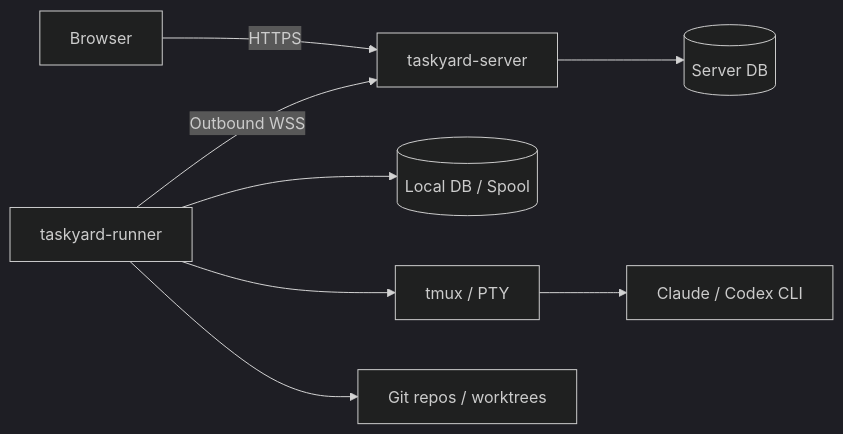
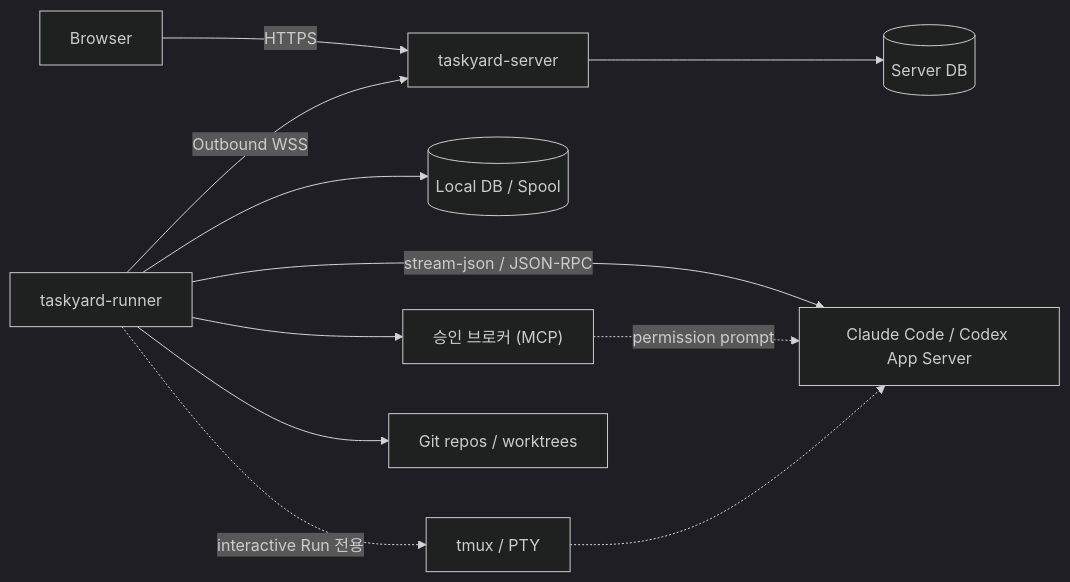
One commit to jinto/taskyard changed the third of 3 diagrams in taskyard-prd-v1.md. Above: the diagram before and after it, drawn with Mermaid (dark theme). The commit also changed other lines of this file, not shown here.

````diff
--- a/taskyard-prd-v1.md
+++ b/taskyard-prd-v1.md
@@ -579,10 +639,13 @@
 ```mermaid
 flowchart LR
     B["Browser"] -->|HTTPS| S["taskyard-server"]
     S --> D[("Server DB")]
     R["taskyard-runner"] -->|Outbound WSS| S
     R --> L[("Local DB / Spool")]
-    R --> T["tmux / PTY"]
-    T --> A["Claude / Codex CLI"]
+    R -->|"stream-json / JSON-RPC"| A["Claude Code / Codex App Server"]
+    R --> AB["승인 브로커 (MCP)"]
+    AB -.->|permission prompt| A
+    R -.->|interactive Run 전용| T["tmux / PTY"]
+    T -.-> A
     R --> G["Git repos / worktrees"]
 ```
````
